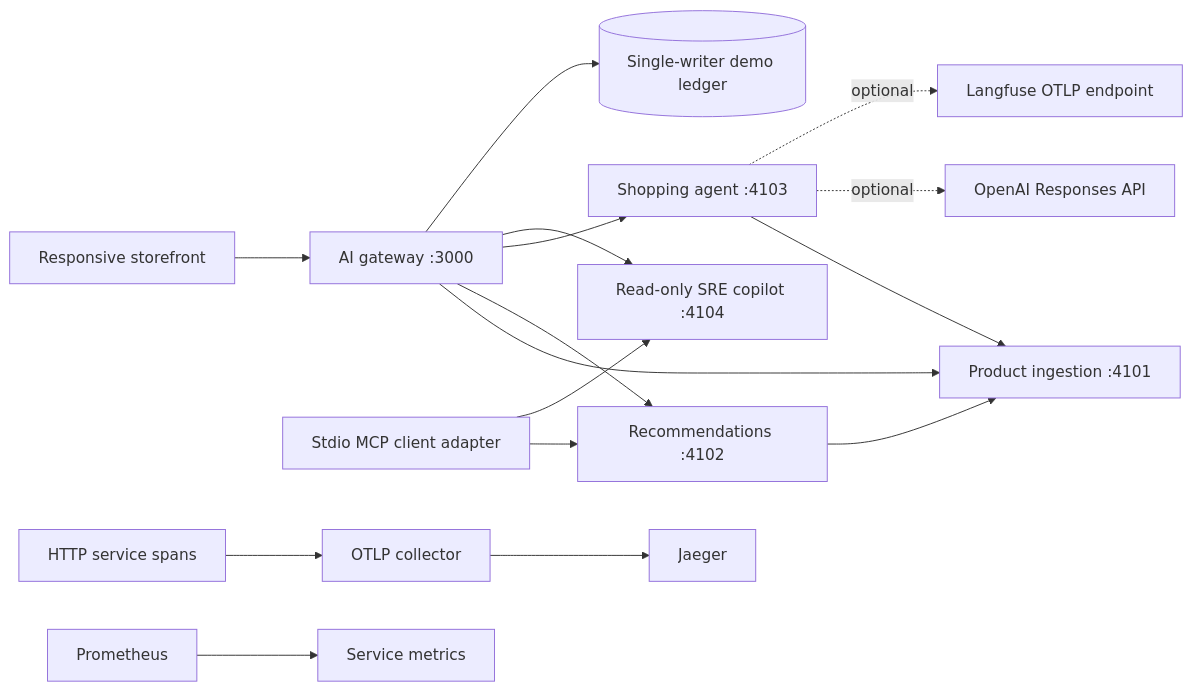
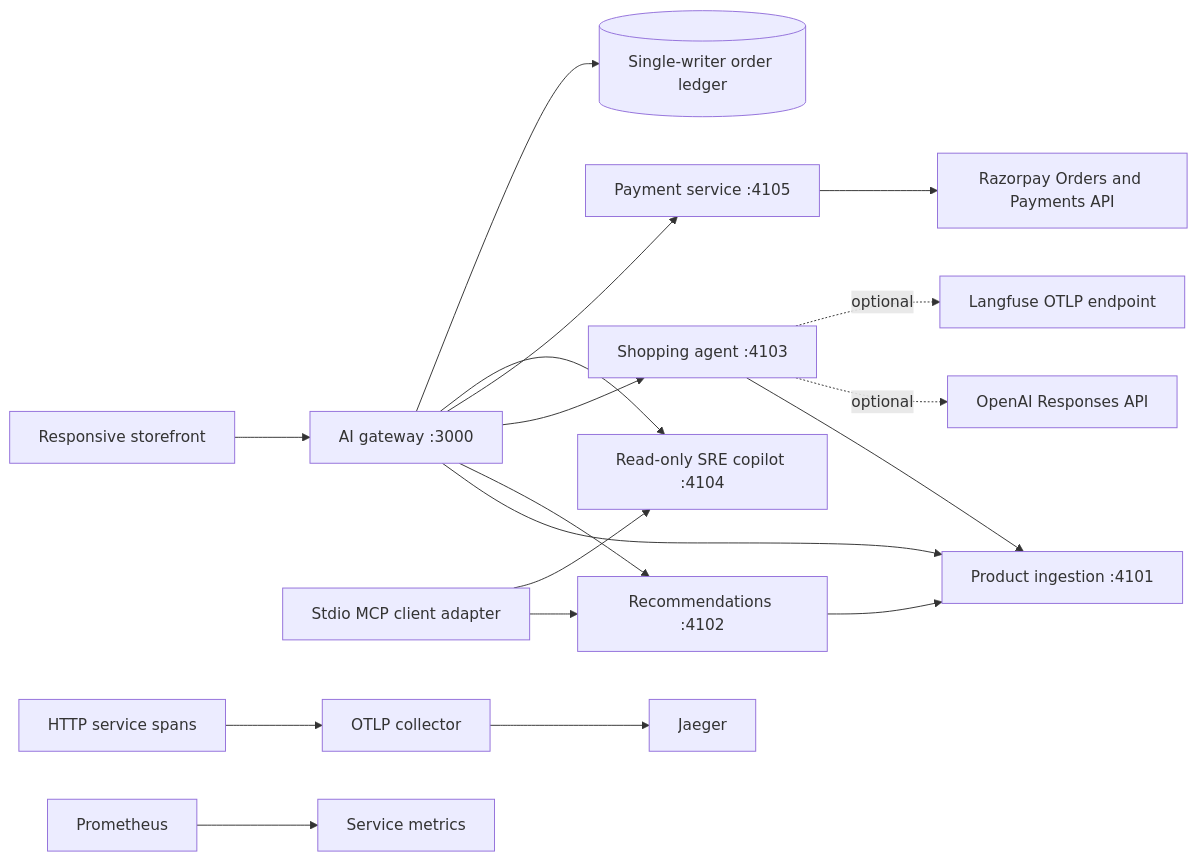
Before and after one commit to mrjithendar/roboshop-ai: the diagram in docs/architecture/README.md, drawn with Mermaid. The commit also changed other lines of this file and 28 other files, not shown here.

````diff
--- a/docs/architecture/README.md
+++ b/docs/architecture/README.md
@@ -3,18 +3,20 @@
 ```mermaid
 flowchart LR
   Browser[Responsive storefront] --> Gateway[AI gateway :3000]
   Gateway --> Catalog[Product ingestion :4101]
   Gateway --> Recs[Recommendations :4102]
   Gateway --> Agent[Shopping agent :4103]
+  Gateway --> Payment[Payment service :4105]
+  Payment --> Razorpay[Razorpay Orders and Payments API]
   Gateway --> Ops[Read-only SRE copilot :4104]
-  Gateway --> Ledger[(Single-writer demo ledger)]
+  Gateway --> Ledger[(Single-writer order ledger)]
   Recs --> Catalog
   Agent --> Catalog
   Agent -. optional .-> OpenAI[OpenAI Responses API]
   MCP[Stdio MCP client adapter] --> Recs
   MCP --> Ops
   Services[HTTP service spans] --> Collector[OTLP collector]
   Collector --> Jaeger[Jaeger]
   Prometheus[Prometheus] --> Metrics[Service metrics]
   Agent -. optional .-> Langfuse[Langfuse OTLP endpoint]
 ```
````
